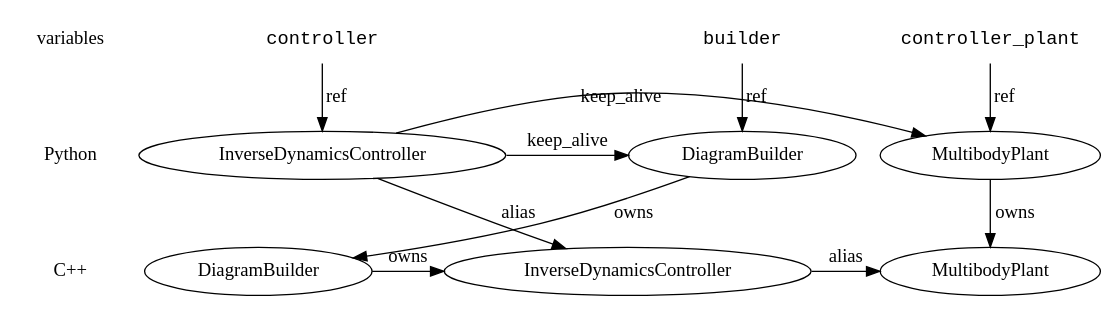
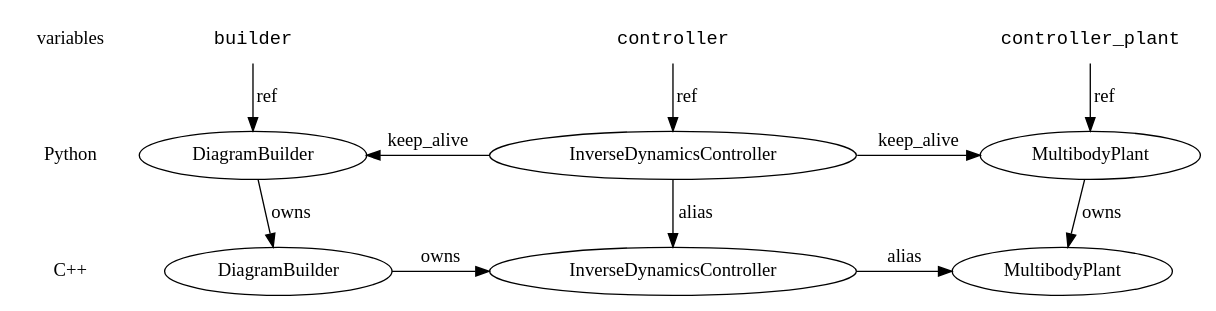
Before and after one commit to rpoyner-tri/drake: the diagram in too-hot0.dot, drawn with Graphviz.

Commit message:
wip: better layout

```diff
--- a/too-hot0.dot
+++ b/too-hot0.dot
@@ -1,37 +1,37 @@
 digraph G {
 
 {
  node [shape=plaintext];
  edge [style=invis];
  variables -> Python -> "C++";
 }
 {
  node [shape=plaintext, fontname="Courier"];
  controller_plant; builder; controller;
 }
 
 pymbp [label="MultibodyPlant"];
 cmbp [label="MultibodyPlant"];
 pydb [label="DiagramBuilder"];
 cdb [label="DiagramBuilder"];
 pyidc [label="InverseDynamicsController"];
 cidc [label="InverseDynamicsController"];
 
 { rank = same; variables; builder; controller; controller_plant; }
 { rank = same; Python; pymbp; pydb; pyidc; }
 { rank = same; "C++"; cmbp; cdb; cidc; }
 
  controller_plant -> pymbp [label="ref"];
  pymbp -> cmbp [label="owns"];
 
  builder -> pydb [label="ref"];
  pydb -> cdb [label="owns"];
  cdb -> cidc [label="owns"];
 
  controller -> pyidc [label="ref"];
  pyidc -> cidc [label="alias"];
- pyidc -> pydb [label="keep_alive"];
+ pyidc -> pydb [label="keep_alive", constraint=false];
  pyidc -> pymbp [label="keep_alive"];
 
  cidc -> cmbp [label="alias"];
 }
```
